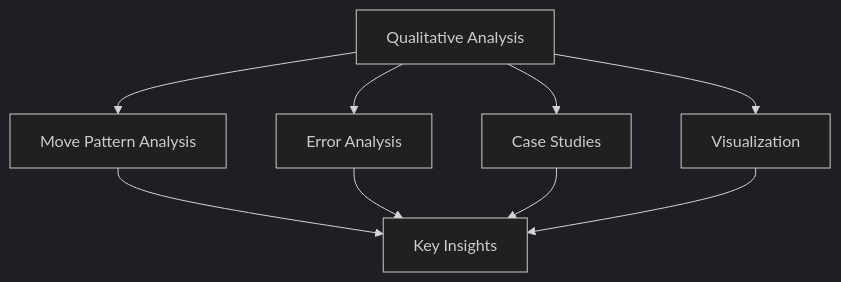
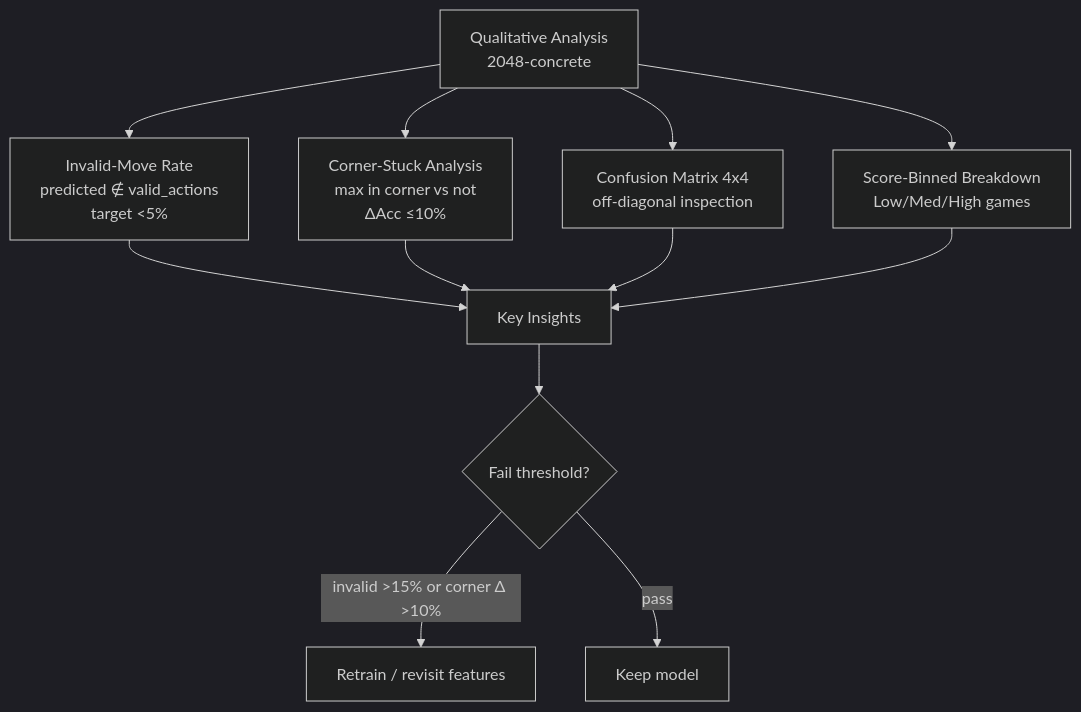
Before and after one commit to Evintkoo/2048-ml: the fourth of 8 diagrams in plans/05-Model/04-Evaluation/01-model-evaluation.md, drawn with Mermaid (dark theme). The commit also changed other lines of this file and 94 other files, not shown here.

````diff
--- a/plans/05-Model/04-Evaluation/01-model-evaluation.md
+++ b/plans/05-Model/04-Evaluation/01-model-evaluation.md
@@ -68,13 +80,16 @@
 ```mermaid
 flowchart TD
-    Qual[Qualitative Analysis]
-    Qual --> MoveAnalysis[Move Pattern Analysis]
-    Qual --> ErrorAnalysis[Error Analysis]
-    Qual --> CaseStudy[Case Studies]
-    Qual --> Visualization[Visualization]
+    Qual[Qualitative Analysis<br/>2048-concrete]
+    Qual --> Invalid[Invalid-Move Rate<br/>predicted ∉ valid_actions<br/>target &lt;5%]
+    Qual --> Corner[Corner-Stuck Analysis<br/>max in corner vs not<br/>ΔAcc ≤10%]
+    Qual --> ConfMat[Confusion Matrix 4x4<br/>off-diagonal inspection]
+    Qual --> Binned[Score-Binned Breakdown<br/>Low/Med/High games]
     
-    MoveAnalysis --> Insights[Key Insights]
-    ErrorAnalysis --> Insights
-    CaseStudy --> Insights
-    Visualization --> Insights
+    Invalid --> Insights[Key Insights]
+    Corner --> Insights
+    ConfMat --> Insights
+    Binned --> Insights
+    Insights --> Action{Fail threshold?}
+    Action -->|invalid &gt;15% or corner Δ &gt;10%| Retrain[Retrain / revisit features]
+    Action -->|pass| Keep[Keep model]
 ```
````
